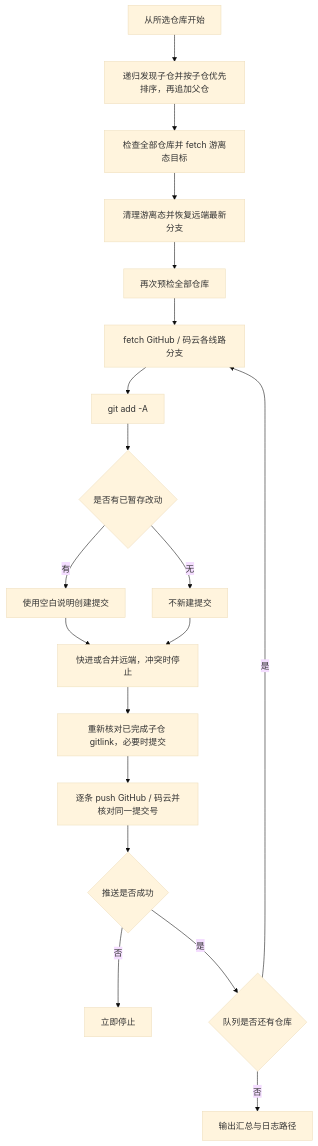
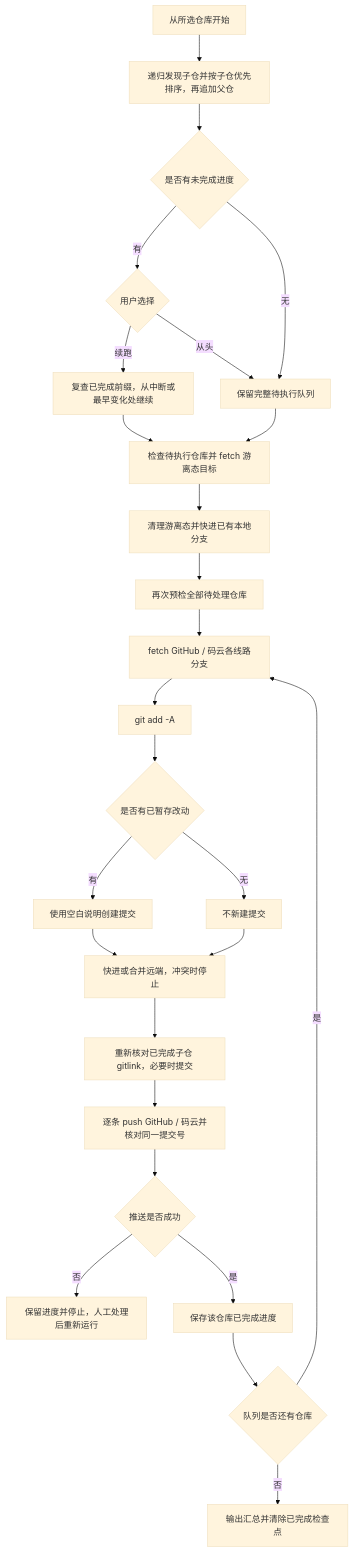
The diagram in 【MacOS@SourceTree】🚀逐层空白提交并Push.command/README.md (JobsKits/SourceTree.sh), drawn with Mermaid (base theme) before and after one commit. The commit also changed other lines of this file and 1 other file, not shown here.

````diff
--- a/【MacOS@SourceTree】🚀逐层空白提交并Push.command/README.md
+++ b/【MacOS@SourceTree】🚀逐层空白提交并Push.command/README.md
@@ -59,21 +75,28 @@
 ```mermaid
 flowchart TD
     A[从所选仓库开始] --> B[递归发现子仓并按子仓优先排序，再追加父仓]
-    B --> C[检查全部仓库并 fetch 游离态目标]
-    C --> R[清理游离态并恢复远端最新分支]
-    R --> P[再次预检全部仓库]
+    B --> U{是否有未完成进度}
+    U -->|有| V{用户选择}
+    V -->|续跑| W[复查已完成前缀，从中断或最早变化处继续]
+    V -->|从头| X[保留完整待执行队列]
+    U -->|无| X
+    W --> C[检查待执行仓库并 fetch 游离态目标]
+    X --> C
+    C --> R[清理游离态并快进已有本地分支]
+    R --> P[再次预检全部待处理仓库]
     P --> Q[fetch GitHub / 码云各线路分支]
     Q --> D[git add -A]
     D --> E{是否有已暂存改动}
     E -->|有| F[使用空白说明创建提交]
     E -->|无| G[不新建提交]
     F --> M[快进或合并远端，冲突时停止]
     G --> M
     M --> S[重新核对已完成子仓 gitlink，必要时提交]
     S --> H[逐条 push GitHub / 码云并核对同一提交号]
     H --> I{推送是否成功}
-    I -->|否| J[立即停止]
-    I -->|是| K{队列是否还有仓库}
+    I -->|否| J[保留进度并停止，人工处理后重新运行]
+    I -->|是| Y[保存该仓库已完成进度]
+    Y --> K{队列是否还有仓库}
     K -->|是| Q
-    K -->|否| L[输出汇总与日志路径]
+    K -->|否| L[输出汇总并清除已完成检查点]
 ```
````
